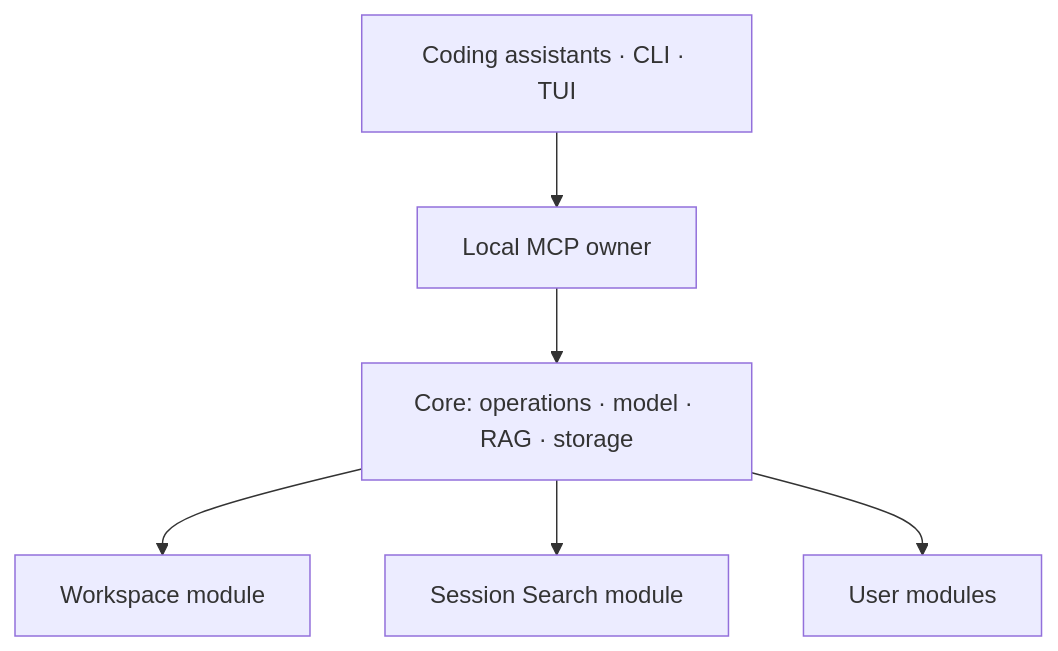
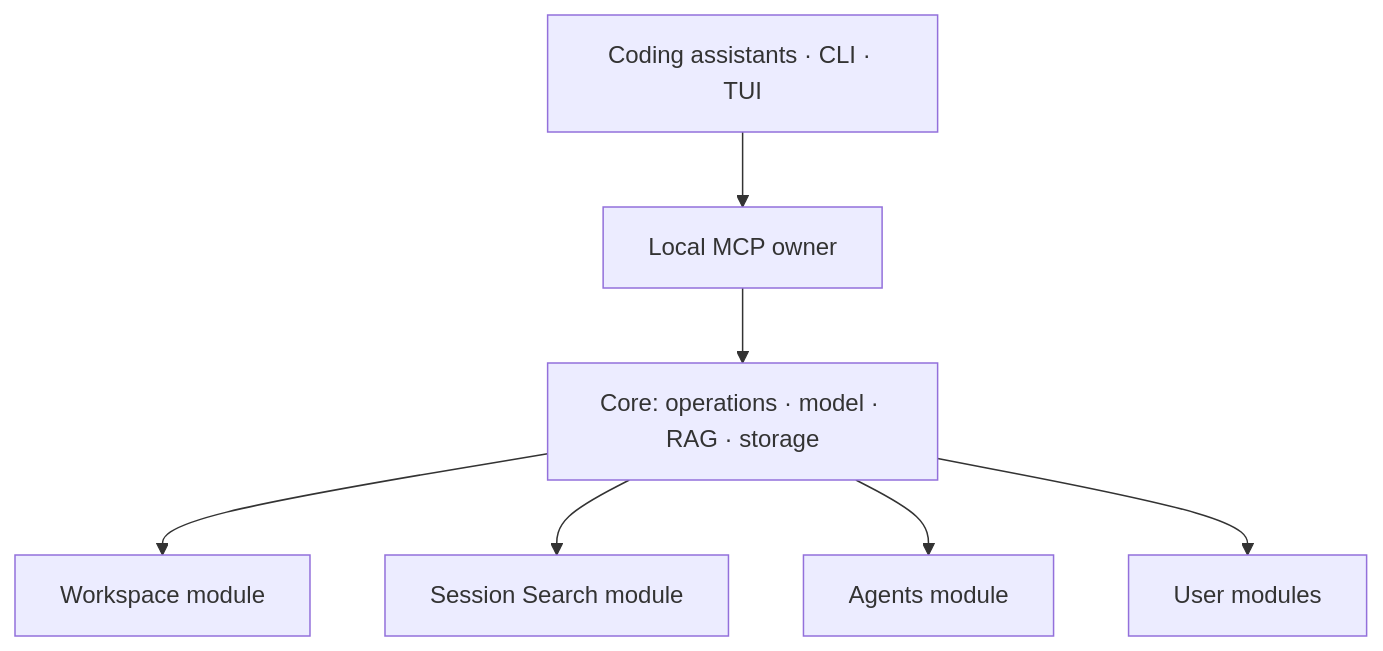
One commit to pikiby/contextopus-core changed the diagram in README.md. Above: the diagram before and after it, drawn with Mermaid. The commit also changed other lines of this file and 42 other files, not shown here.

Commit message:
Release shared document APIs and module web library in Core 1.6

````diff
--- a/README.md
+++ b/README.md
@@ -187,8 +207,9 @@
 ```mermaid
 flowchart TD
     Clients["Coding assistants · CLI · TUI"] --> MCP[Local MCP owner]
     MCP --> Core["Core: operations · model · RAG · storage"]
     Core --> Workspace[Workspace module]
     Core --> Sessions[Session Search module]
+    Core --> Agents[Agents module]
     Core --> Custom[User modules]
 ```
````
